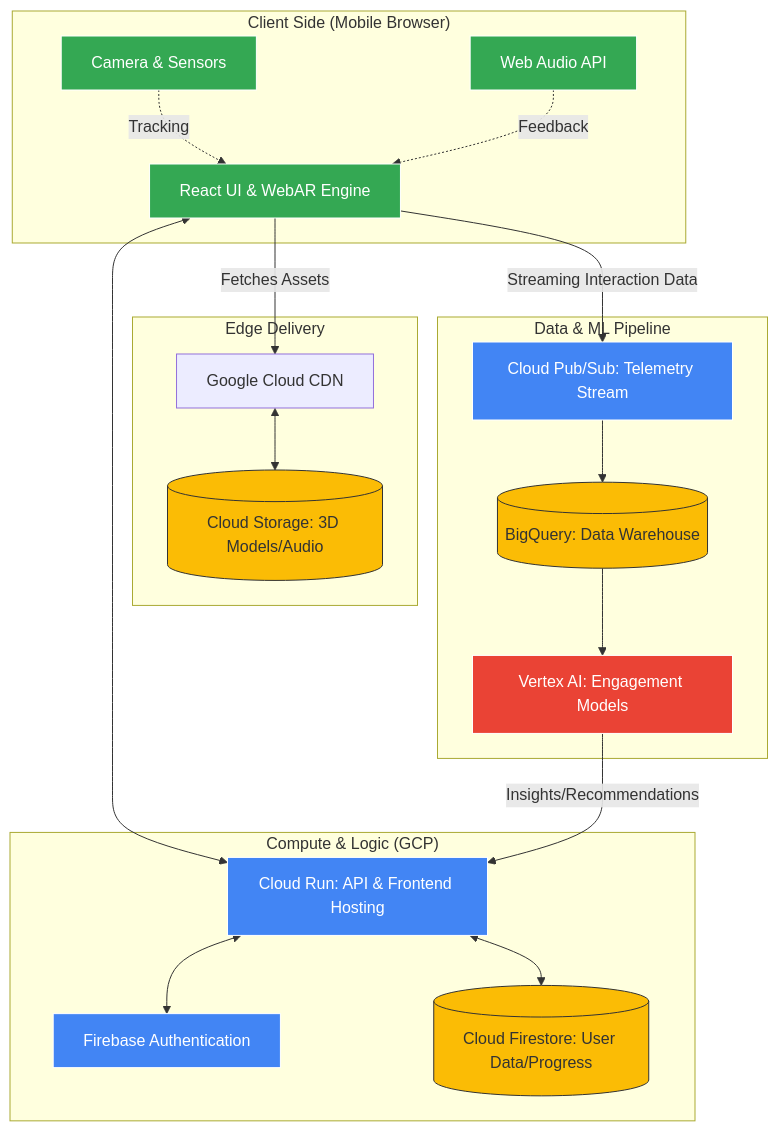
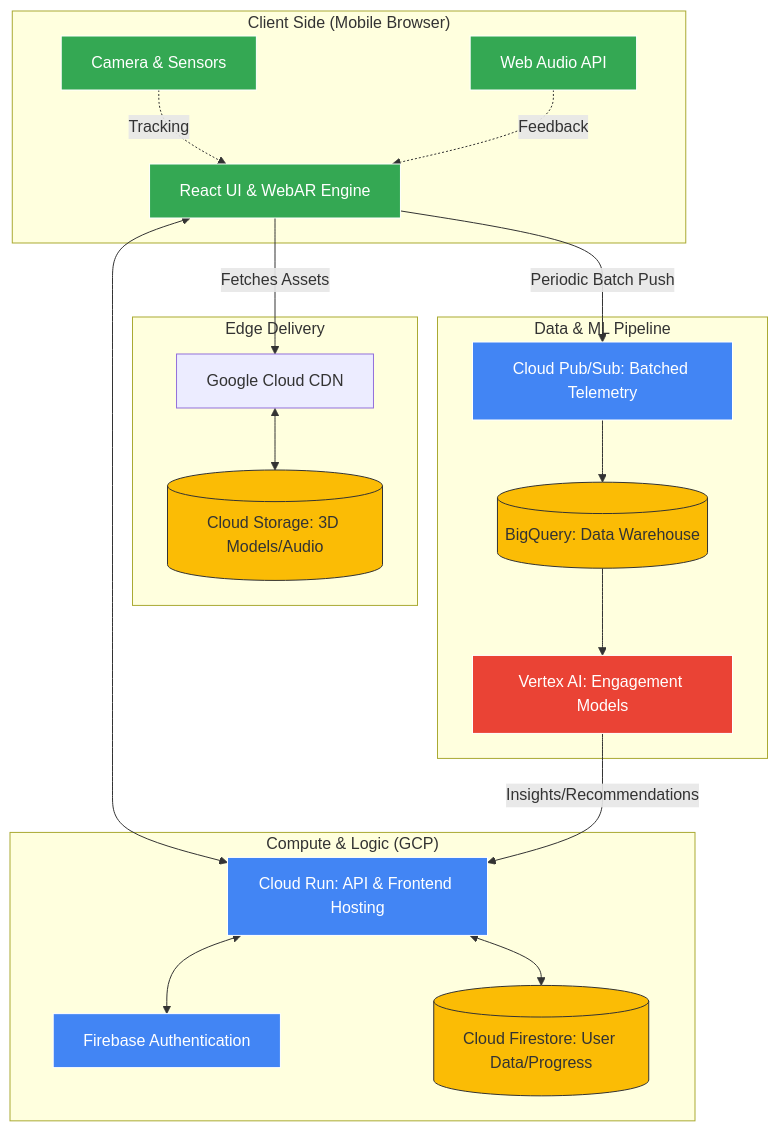
One commit to jvhnlee/virtualmuse changed the first of 2 diagrams in PRD.md. Above: the diagram before and after it, drawn with Mermaid. The commit also changed other lines of this file, not shown here.

Commit message:
docs: update prd to reflect changes in telemetry requirements from real-time streaming to batch-streaming

````diff
--- a/PRD.md
+++ b/PRD.md
@@ -62,52 +62,52 @@
 ```mermaid
 graph TB
     subgraph "Client Side (Mobile Browser)"
         UI[React UI & WebAR Engine]
         Cam[Camera & Sensors]
         Audio[Web Audio API]
     end
 
     subgraph "Edge Delivery"
         CDN[Google Cloud CDN]
         Storage[(Cloud Storage: 3D Models/Audio)]
     end
 
     subgraph "Compute & Logic (GCP)"
         CR[Cloud Run: API & Frontend Hosting]
         Auth[Firebase Authentication]
         DB[(Cloud Firestore: User Data/Progress)]
     end
 
     subgraph "Data & ML Pipeline"
-        PS[Cloud Pub/Sub: Telemetry Stream]
+        PS[Cloud Pub/Sub: Batched Telemetry]
         BQ[(BigQuery: Data Warehouse)]
         ML[Vertex AI: Engagement Models]
     end
 
     %% Interactions
     UI <--> CR
     CR <--> Auth
     CR <--> DB
     UI -- Fetches Assets --> CDN
     CDN <--> Storage
 
     %% Telemetry Flow
-    UI -- Streaming Interaction Data --> PS
+    UI -- Periodic Batch Push --> PS
     PS --> BQ
     BQ --> ML
     ML -- Insights/Recommendations --> CR
 
     %% Hardware Access
     Cam -. Tracking .-> UI
     Audio -. Feedback .-> UI
 
     classDef gcp fill:#4285F4,stroke:#fff,color:#fff;
     classDef client fill:#34A853,stroke:#fff,color:#fff;
     classDef storage fill:#FBBC05,stroke:#333,color:#333;
     classDef analytics fill:#EA4335,stroke:#fff,color:#fff;
 
     class CR,Auth,PS gcp;
     class UI,Cam,Audio client;
     class DB,Storage,BQ storage;
     class ML analytics;
 ```
````
